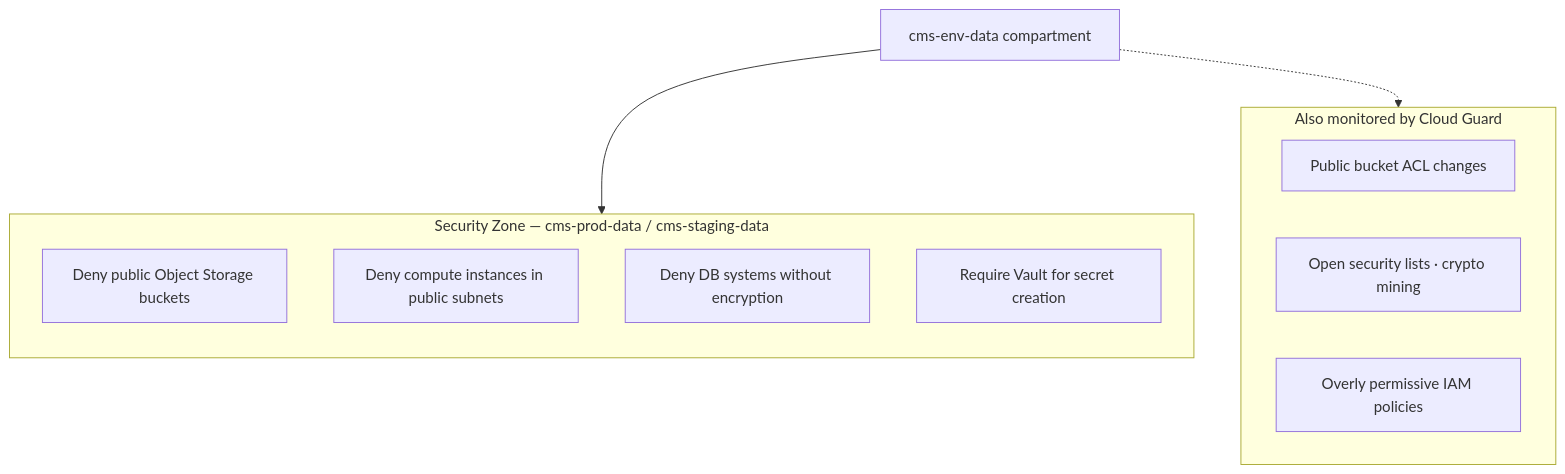
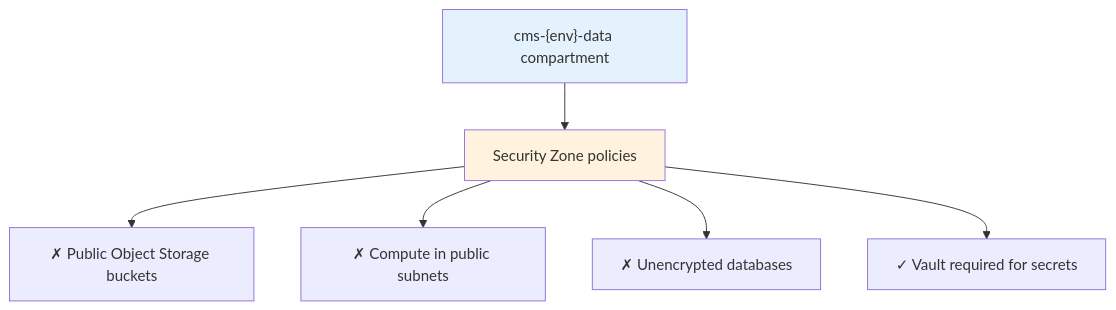
Before and after one commit to gitmujoshi/Confidential-AI-Network: diagram 11 of 12 in README.md, drawn with Mermaid. The commit also changed other lines of this file, not shown here.

First line of the commit message:
docs: refactor README architecture diagrams into focused chunks

````diff
--- a/README.md
+++ b/README.md
@@ -256,19 +281,14 @@
 ```mermaid
 flowchart TB
-  subgraph SZ["Security Zone — cms-prod-data / cms-staging-data"]
-    direction TB
-    P1[Deny public Object Storage buckets]
-    P2[Deny compute instances in public subnets]
-    P3[Deny DB systems without encryption]
-    P4[Require Vault for secret creation]
-  end
+  DC["cms-{env}-data compartment"]
 
-  subgraph Monitored["Also monitored by Cloud Guard"]
-    CG2[Public bucket ACL changes]
-    CG3[Open security lists · crypto mining]
-    CG4[Overly permissive IAM policies]
-  end
+  DC --> SZ["Security Zone policies"]
 
-  DataComp[cms-env-data compartment] --> SZ
-  DataComp -.-> Monitored
+  SZ --> P1["✗ Public Object Storage buckets"]
+  SZ --> P2["✗ Compute in public subnets"]
+  SZ --> P3["✗ Unencrypted databases"]
+  SZ --> P4["✓ Vault required for secrets"]
+
+  style DC fill:#e3f2fd
+  style SZ fill:#fff3e0
 ```
````
